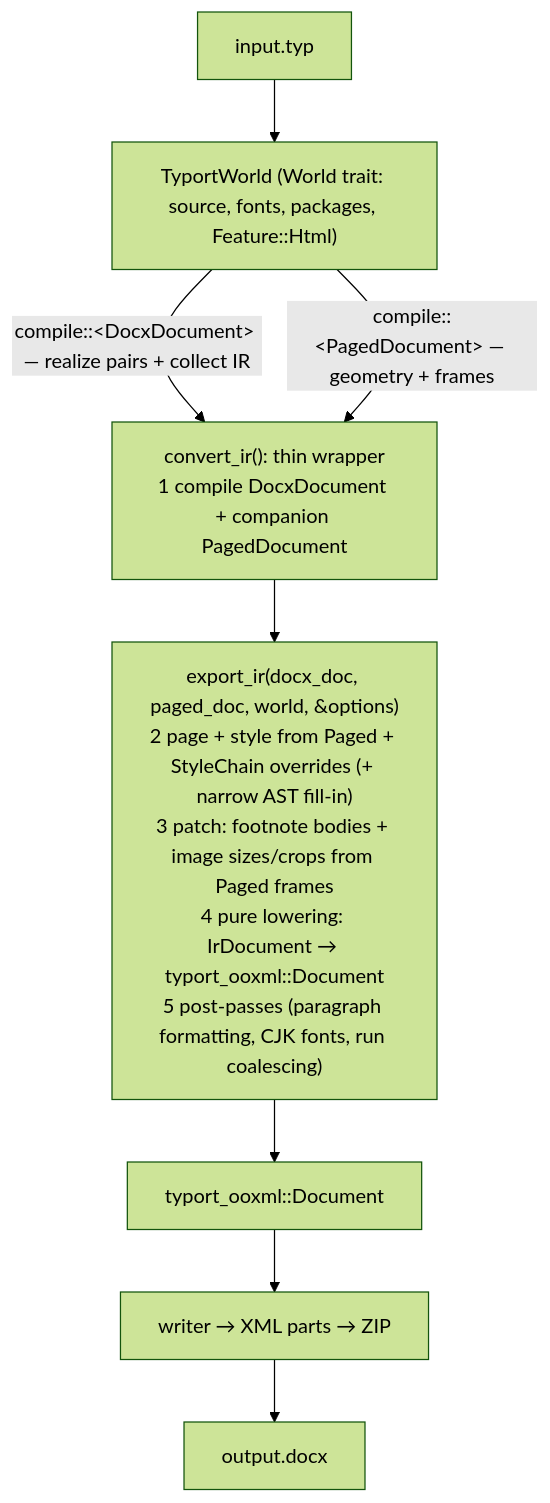
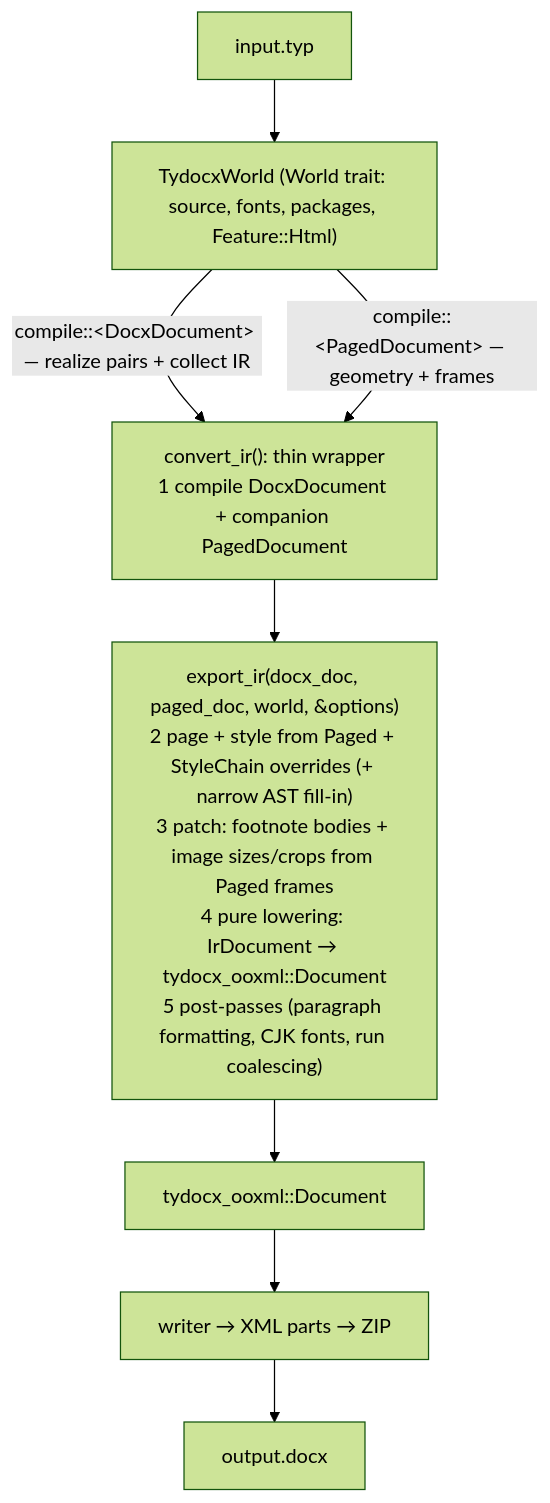
Before and after one commit to kwadraten/tydocx: the first of 2 diagrams in docs/ARCHITECTURE.md, drawn with Mermaid (forest theme). The commit also changed other lines of this file and 214 other files, not shown here.

First line of the commit message:
chore: rename crates, binary and references typort -> tydocx

````diff
--- a/docs/ARCHITECTURE.md
+++ b/docs/ARCHITECTURE.md
@@ -150,10 +150,10 @@
 ```mermaid
 flowchart TD
-    INPUT["input.typ"] --> WORLD["TyportWorld (World trait: source, fonts, packages, Feature::Html)"]
+    INPUT["input.typ"] --> WORLD["TydocxWorld (World trait: source, fonts, packages, Feature::Html)"]
     WORLD -->|compile::&lt;DocxDocument&gt; — realize pairs + collect IR| COMPILE["convert_ir(): thin wrapper<br/>1 compile DocxDocument + companion PagedDocument"]
     WORLD -->|compile::&lt;PagedDocument&gt; — geometry + frames| COMPILE
-    COMPILE --> EXPORT["export_ir(docx_doc, paged_doc, world, &options)<br/>2 page + style from Paged + StyleChain overrides (+ narrow AST fill-in)<br/>3 patch: footnote bodies + image sizes/crops from Paged frames<br/>4 pure lowering: IrDocument → typort_ooxml::Document<br/>5 post-passes (paragraph formatting, CJK fonts, run coalescing)"]
-    EXPORT --> IR["typort_ooxml::Document"]
+    COMPILE --> EXPORT["export_ir(docx_doc, paged_doc, world, &options)<br/>2 page + style from Paged + StyleChain overrides (+ narrow AST fill-in)<br/>3 patch: footnote bodies + image sizes/crops from Paged frames<br/>4 pure lowering: IrDocument → tydocx_ooxml::Document<br/>5 post-passes (paragraph formatting, CJK fonts, run coalescing)"]
+    EXPORT --> IR["tydocx_ooxml::Document"]
     IR --> WRITER["writer → XML parts → ZIP"]
     WRITER --> OUT["output.docx"]
 ```
````
